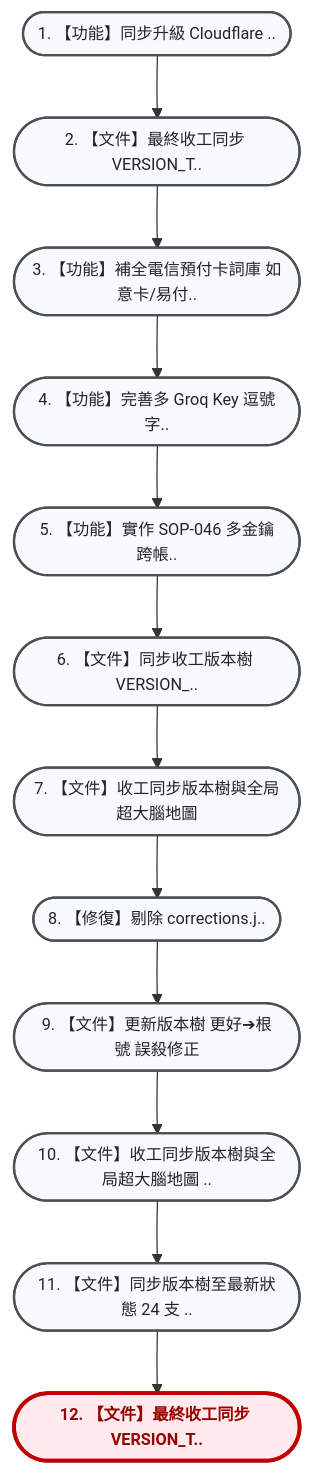
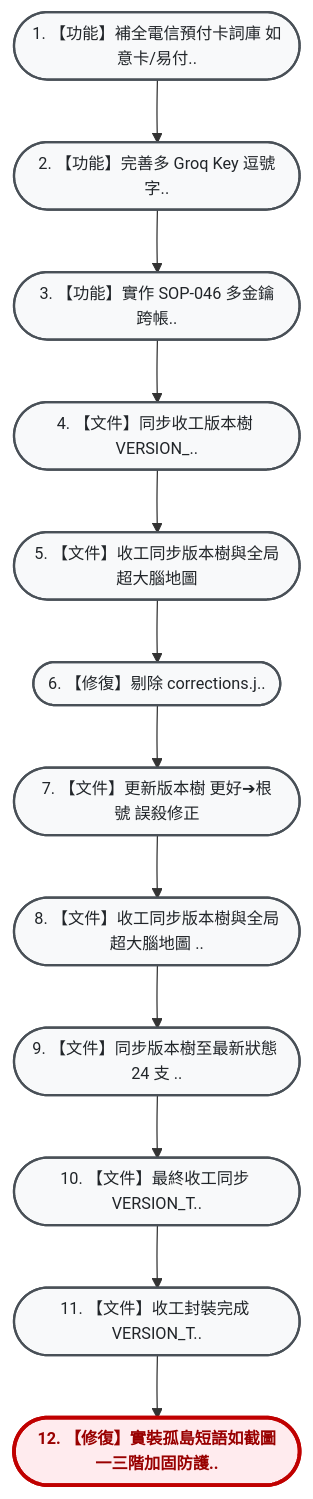
Before and after one commit to hjen8/NoType-Scribe: the diagram in VERSION_TREE.md, drawn with Mermaid. The commit also changed other lines of this file, not shown here.

Commit message:
【文件】更新版本樹 任務 70 孤島短語三階防護實裝 (HEAD -> e918eec)

````diff
--- a/VERSION_TREE.md
+++ b/VERSION_TREE.md
@@ -13,32 +13,32 @@
 ```mermaid
 flowchart TD
     %% 雙壁版本樹專用視覺化配色風格 (由上而下 TD 垂直大字純中文版)
     classDef default fill:#f8f9fa,stroke:#495057,stroke-width:1.8px,color:#212529,font-size:13px;
     classDef current fill:#ffebee,stroke:#c00000,stroke-width:3px,color:#900,font-weight:bold,font-size:13px;
     classDef mergeNode fill:#e3f2fd,stroke:#1565c0,stroke-width:2px,color:#0d47a1,font-size:13px;
     classDef detour fill:#fff3e0,stroke:#e65100,stroke-width:2px,color:#b78103,font-size:13px;
     classDef transplant fill:#f3e5f5,stroke:#4a148c,stroke-width:2.5px,color:#4a148c,font-weight:bold,font-size:13px;
-    n_3c6dba7(["1. 【功能】同步升級 Cloudflare .."]):::default
-    n_bbc9770(["2. 【文件】最終收工同步 VERSION_T.."]):::default
-    n_7440da6(["3. 【功能】補全電信預付卡詞庫 如意卡/易付.."]):::default
-    n_4cc62de(["4. 【功能】完善多 Groq Key 逗號字.."]):::default
-    n_7373595(["5. 【功能】實作 SOP-046 多金鑰跨帳.."]):::default
-    n_c38586c(["6. 【文件】同步收工版本樹 VERSION_.."]):::default
-    n_bc83599(["7. 【文件】收工同步版本樹與全局超大腦地圖"]):::default
-    n_209af02(["8. 【修復】剔除 corrections.j.."]):::default
-    n_dc9d613(["9. 【文件】更新版本樹 更好➔根號 誤殺修正"]):::default
-    n_297e9ec(["10. 【文件】收工同步版本樹與全局超大腦地圖 .."]):::default
-    n_a3811e6(["11. 【文件】同步版本樹至最新狀態 24 支 .."]):::default
-    n_2516eea(["12. 【文件】最終收工同步 VERSION_T.."]):::current
-    n_3c6dba7 --> n_bbc9770
-    n_bbc9770 --> n_7440da6
+    n_7440da6(["1. 【功能】補全電信預付卡詞庫 如意卡/易付.."]):::default
+    n_4cc62de(["2. 【功能】完善多 Groq Key 逗號字.."]):::default
+    n_7373595(["3. 【功能】實作 SOP-046 多金鑰跨帳.."]):::default
+    n_c38586c(["4. 【文件】同步收工版本樹 VERSION_.."]):::default
+    n_bc83599(["5. 【文件】收工同步版本樹與全局超大腦地圖"]):::default
+    n_209af02(["6. 【修復】剔除 corrections.j.."]):::default
+    n_dc9d613(["7. 【文件】更新版本樹 更好➔根號 誤殺修正"]):::default
+    n_297e9ec(["8. 【文件】收工同步版本樹與全局超大腦地圖 .."]):::default
+    n_a3811e6(["9. 【文件】同步版本樹至最新狀態 24 支 .."]):::default
+    n_2516eea(["10. 【文件】最終收工同步 VERSION_T.."]):::default
+    n_af77786(["11. 【文件】收工封裝完成 VERSION_T.."]):::default
+    n_e918eec(["12. 【修復】實裝孤島短語如截圖一三階加固防護.."]):::current
     n_7440da6 --> n_4cc62de
     n_4cc62de --> n_7373595
     n_7373595 --> n_c38586c
     n_c38586c --> n_bc83599
     n_bc83599 --> n_209af02
     n_209af02 --> n_dc9d613
     n_dc9d613 --> n_297e9ec
     n_297e9ec --> n_a3811e6
     n_a3811e6 --> n_2516eea
+    n_2516eea --> n_af77786
+    n_af77786 --> n_e918eec
 ```
````
